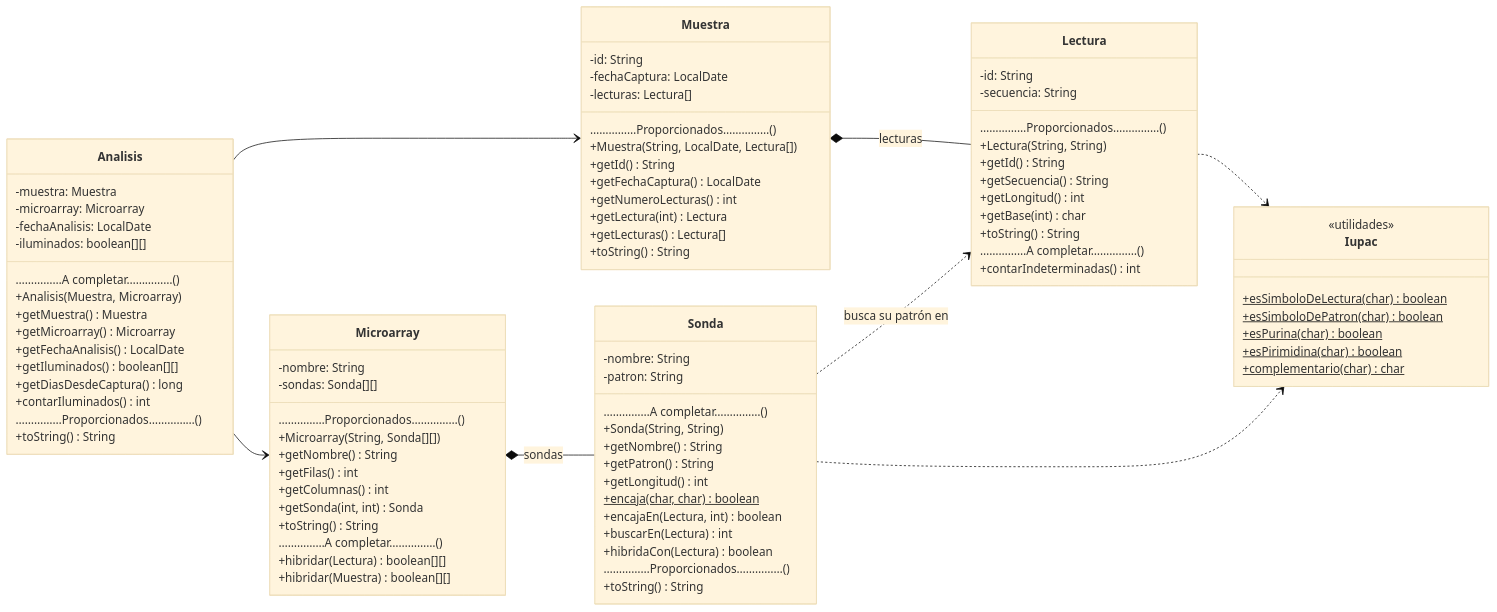
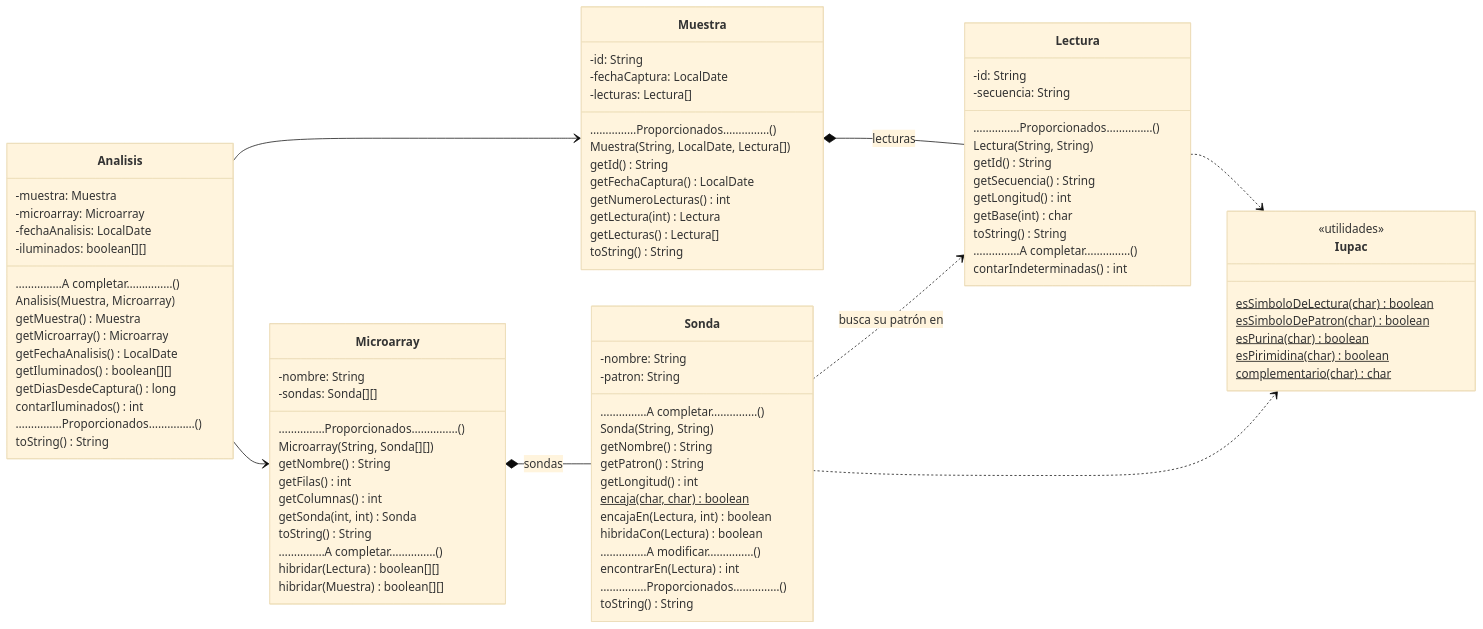
The diagram in README.md (ysmartin/fprg-2026-P2-dev), drawn with Mermaid (base theme) before and after one commit. The commit also changed other lines of this file and 83 other files, not shown here.

First line of the commit message:
P2: sin public, encontrarEn con versión inicial (indexOf) y un solo paquete

```diff
--- a/README.md
+++ b/README.md
@@ -88,25 +88,25 @@
 
 class Iupac {
 <<utilidades>>
-+esSimboloDeLectura(char) boolean$
-+esSimboloDePatron(char) boolean$
-+esPurina(char) boolean$
-+esPirimidina(char) boolean$
-+complementario(char) char$
+esSimboloDeLectura(char) boolean$
+esSimboloDePatron(char) boolean$
+esPurina(char) boolean$
+esPirimidina(char) boolean$
+complementario(char) char$
 }
 
 class Lectura {
 -id: String
 -secuencia: String
 ……………Proporcionados……………()
-+Lectura(String, String)
-+getId() String
-+getSecuencia() String
-+getLongitud() int
-+getBase(int) char
-+toString() String
+Lectura(String, String)
+getId() String
+getSecuencia() String
+getLongitud() int
+getBase(int) char
+toString() String
 ……………A completar……………()
-+contarIndeterminadas() int
+contarIndeterminadas() int
 }
 
 class Muestra {
@@ -114,44 +114,45 @@
 -fechaCaptura: LocalDate
 -lecturas: Lectura[]
 ……………Proporcionados……………()
-+Muestra(String, LocalDate, Lectura[])
-+getId() String
-+getFechaCaptura() LocalDate
-+getNumeroLecturas() int
-+getLectura(int) Lectura
-+getLecturas() Lectura[]
-+toString() String
+Muestra(String, LocalDate, Lectura[])
+getId() String
+getFechaCaptura() LocalDate
+getNumeroLecturas() int
+getLectura(int) Lectura
+getLecturas() Lectura[]
+toString() String
 }
 
 class Sonda {
 -nombre: String
 -patron: String
 ……………A completar……………()
-+Sonda(String, String)
-+getNombre() String
-+getPatron() String
-+getLongitud() int
-+encaja(char, char) boolean$
-+encajaEn(Lectura, int) boolean
-+buscarEn(Lectura) int
-+hibridaCon(Lectura) boolean
+Sonda(String, String)
+getNombre() String
+getPatron() String
+getLongitud() int
+encaja(char, char) boolean$
+encajaEn(Lectura, int) boolean
+hibridaCon(Lectura) boolean
+……………A modificar……………()
+encontrarEn(Lectura) int
 ……………Proporcionados……………()
-+toString() String
+toString() String
 }
 
 class Microarray {
 -nombre: String
 -sondas: Sonda[][]
 ……………Proporcionados……………()
-+Microarray(String, Sonda[][])
-+getNombre() String
-+getFilas() int
-+getColumnas() int
-+getSonda(int, int) Sonda
-+toString() String
+Microarray(String, Sonda[][])
+getNombre() String
+getFilas() int
+getColumnas() int
+getSonda(int, int) Sonda
+toString() String
 ……………A completar……………()
-+hibridar(Lectura) boolean[][]
-+hibridar(Muestra) boolean[][]
+hibridar(Lectura) boolean[][]
+hibridar(Muestra) boolean[][]
 }
 
 class Analisis {
@@ -160,15 +161,15 @@
 -fechaAnalisis: LocalDate
 -iluminados: boolean[][]
 ……………A completar……………()
-+Analisis(Muestra, Microarray)
-+getMuestra() Muestra
-+getMicroarray() Microarray
-+getFechaAnalisis() LocalDate
-+getIluminados() boolean[][]
-+getDiasDesdeCaptura() long
-+contarIluminados() int
+Analisis(Muestra, Microarray)
+getMuestra() Muestra
+getMicroarray() Microarray
+getFechaAnalisis() LocalDate
+getIluminados() boolean[][]
+getDiasDesdeCaptura() long
+contarIluminados() int
 ……………Proporcionados……………()
-+toString() String
+toString() String
 }
 
 Muestra *-- Lectura : lecturas
```
